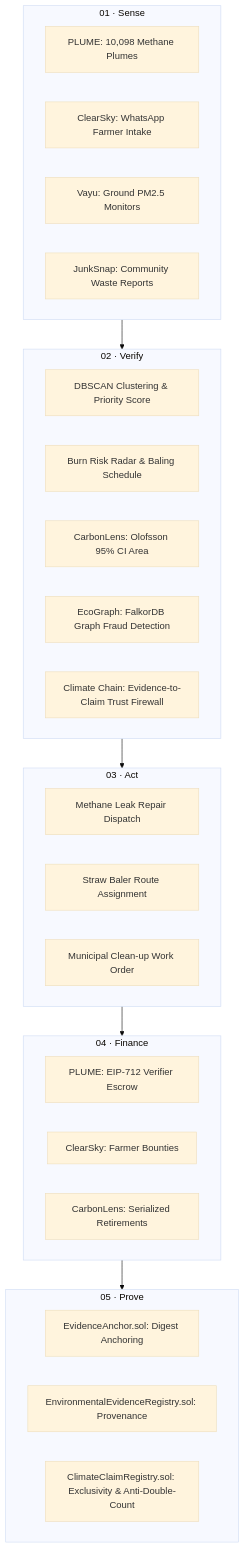
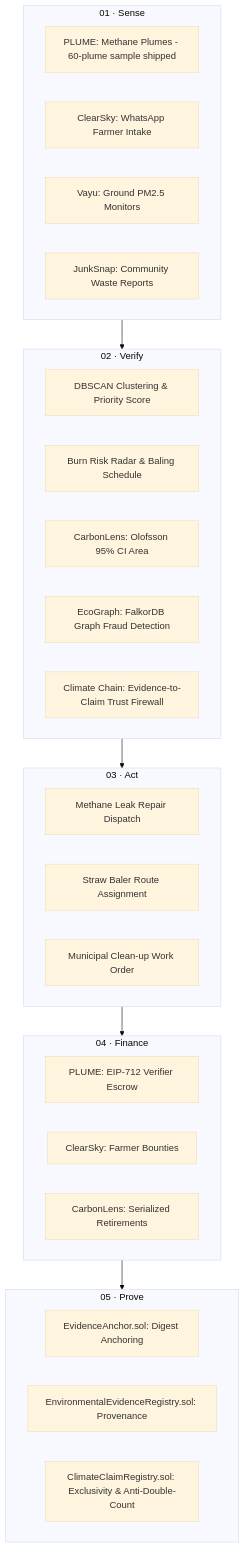
One commit to victrvondoom/CLIMATE-CHAIN changed the diagram in climate-chain/docs/SCIENTIFIC_EVIDENCE_BENCHMARKS.md. Above: the diagram before and after it, drawn with Mermaid (base theme). The commit also changed other lines of this file and 66 other files, not shown here.

````diff
--- a/climate-chain/docs/SCIENTIFIC_EVIDENCE_BENCHMARKS.md
+++ b/climate-chain/docs/SCIENTIFIC_EVIDENCE_BENCHMARKS.md
@@ -76,37 +76,37 @@
 ```mermaid
 flowchart TD
   subgraph Sense["01 · Sense"]
-    S1[PLUME: 10,098 Methane Plumes]
+    S1[PLUME: Methane Plumes - 60-plume sample shipped]
     S2[ClearSky: WhatsApp Farmer Intake]
     S3[Vayu: Ground PM2.5 Monitors]
     S4[JunkSnap: Community Waste Reports]
   end
 
   subgraph Verify["02 · Verify"]
     V1[DBSCAN Clustering & Priority Score]
     V2[Burn Risk Radar & Baling Schedule]
     V3[CarbonLens: Olofsson 95% CI Area]
     V4[EcoGraph: FalkorDB Graph Fraud Detection]
     V5[Climate Chain: Evidence-to-Claim Trust Firewall]
   end
 
   subgraph Act["03 · Act"]
     A1[Methane Leak Repair Dispatch]
     A2[Straw Baler Route Assignment]
     A3[Municipal Clean-up Work Order]
   end
 
   subgraph Finance["04 · Finance"]
     F1[PLUME: EIP-712 Verifier Escrow]
     F2[ClearSky: Farmer Bounties]
     F3[CarbonLens: Serialized Retirements]
   end
 
   subgraph Prove["05 · Prove"]
     P1[EvidenceAnchor.sol: Digest Anchoring]
     P2[EnvironmentalEvidenceRegistry.sol: Provenance]
     P3[ClimateClaimRegistry.sol: Exclusivity & Anti-Double-Count]
   end
 
   Sense --> Verify --> Act --> Finance --> Prove
 ```
````
